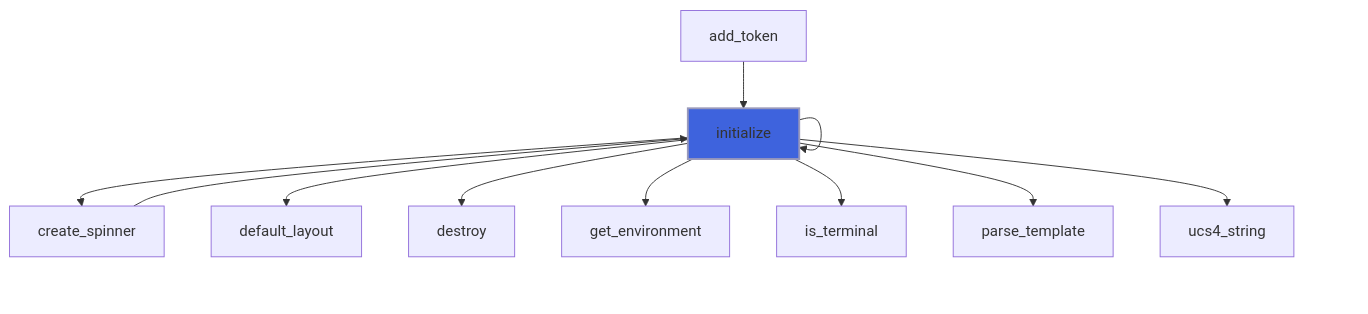
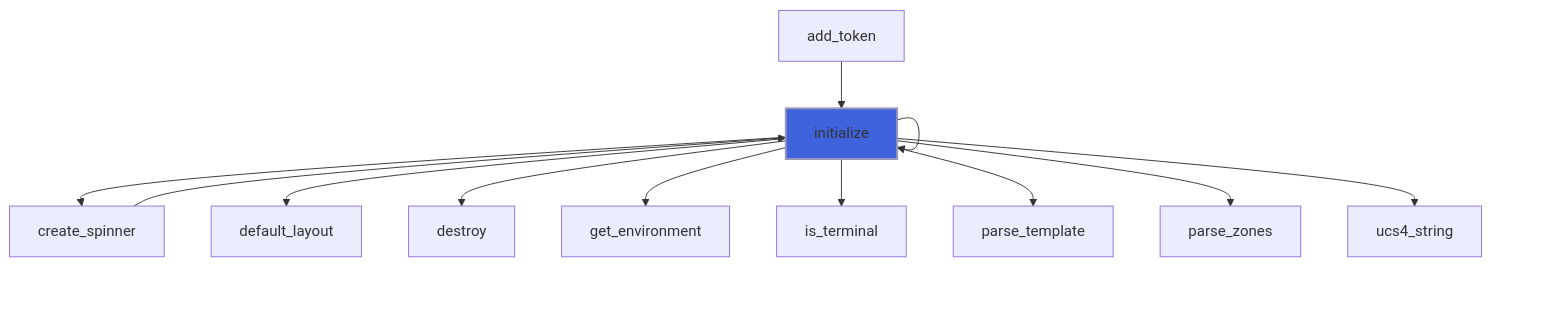
The third of 39 diagrams in docs/api/src/lib/forbear_bar_object.md (szaghi/forbear), drawn with Mermaid before and after one commit. The commit also changed other lines of this file and 21 other files, not shown here.

````diff
--- a/docs/api/src/lib/forbear_bar_object.md
+++ b/docs/api/src/lib/forbear_bar_object.md
@@ -318,15 +328,16 @@
 ```mermaid
 flowchart TD
   add_token["add_token"] --> initialize["initialize"]
   create_spinner["create_spinner"] --> initialize["initialize"]
   initialize["initialize"] --> initialize["initialize"]
   initialize["initialize"] --> create_spinner["create_spinner"]
   initialize["initialize"] --> default_layout["default_layout"]
   initialize["initialize"] --> destroy["destroy"]
   initialize["initialize"] --> get_environment["get_environment"]
   initialize["initialize"] --> initialize["initialize"]
   initialize["initialize"] --> is_terminal["is_terminal"]
   initialize["initialize"] --> parse_template["parse_template"]
+  initialize["initialize"] --> parse_zones["parse_zones"]
   initialize["initialize"] --> ucs4_string["ucs4_string"]
   style initialize fill:#3e63dd,stroke:#99b,stroke-width:2px
 ```
````
